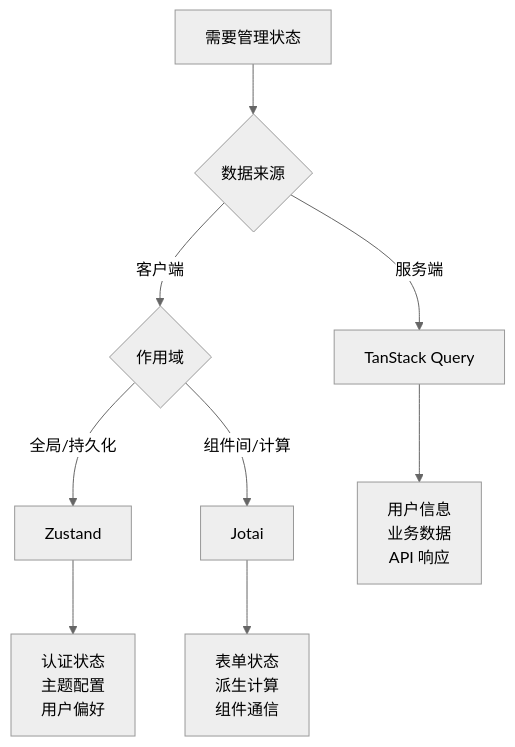
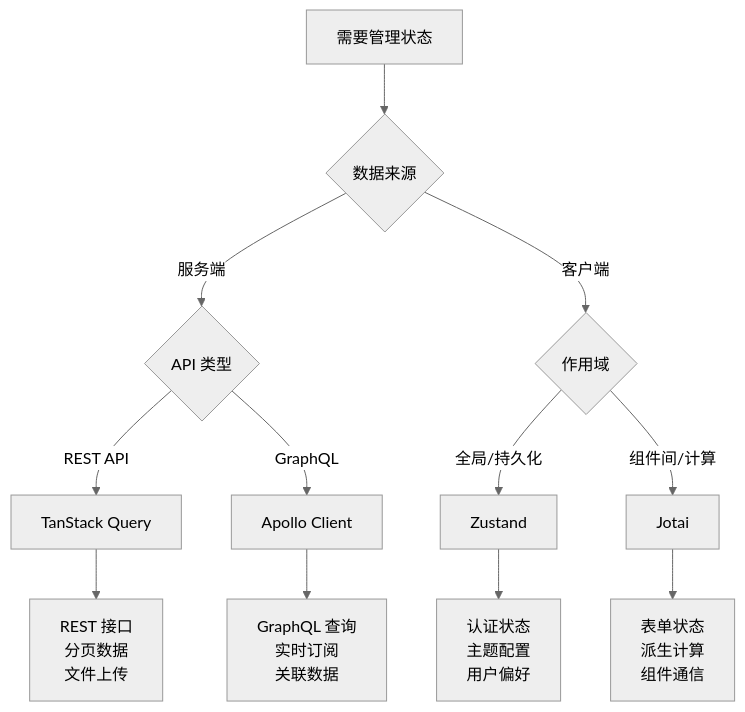
The diagram in docs/state-management.md (xueji-dao/xueji), drawn with Mermaid (neutral theme) before and after one commit. The commit also changed other lines of this file and 1 other file, not shown here.

````diff
--- a/docs/state-management.md
+++ b/docs/state-management.md
@@ -27,12 +28,15 @@
 ```mermaid
 graph TD
     A[需要管理状态] --> B{数据来源}
-    B -->|服务端| C[TanStack Query]
+    B -->|服务端| C{API 类型}
     B -->|客户端| D{作用域}
-    D -->|全局/持久化| E[Zustand]
-    D -->|组件间/计算| F[Jotai]
+    C -->|REST API| E[TanStack Query]
+    C -->|GraphQL| F[Apollo Client]
+    D -->|全局/持久化| G[Zustand]
+    D -->|组件间/计算| H[Jotai]
     
-    C --> C1[用户信息<br/>业务数据<br/>API 响应]
-    E --> E1[认证状态<br/>主题配置<br/>用户偏好]
-    F --> F1[表单状态<br/>派生计算<br/>组件通信]
+    E --> E1[REST 接口<br/>分页数据<br/>文件上传]
+    F --> F1[GraphQL 查询<br/>实时订阅<br/>关联数据]
+    G --> G1[认证状态<br/>主题配置<br/>用户偏好]
+    H --> H1[表单状态<br/>派生计算<br/>组件通信]
 ```
````
